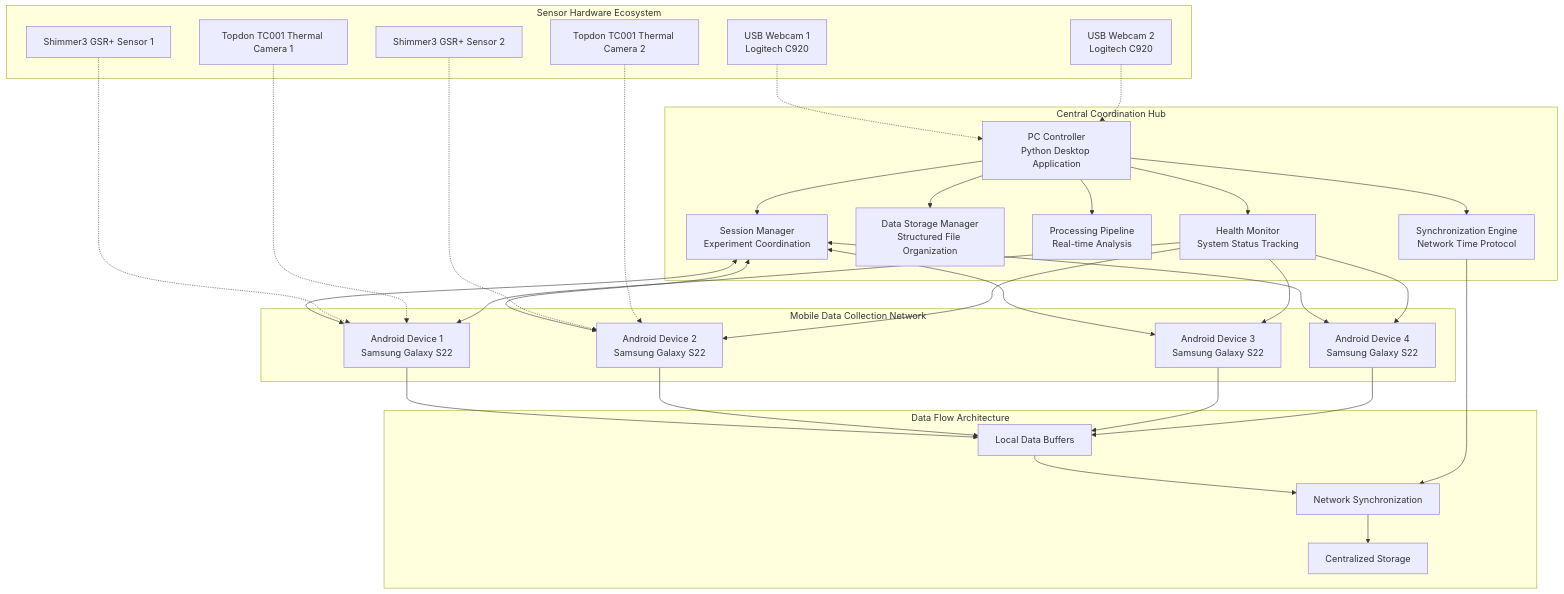
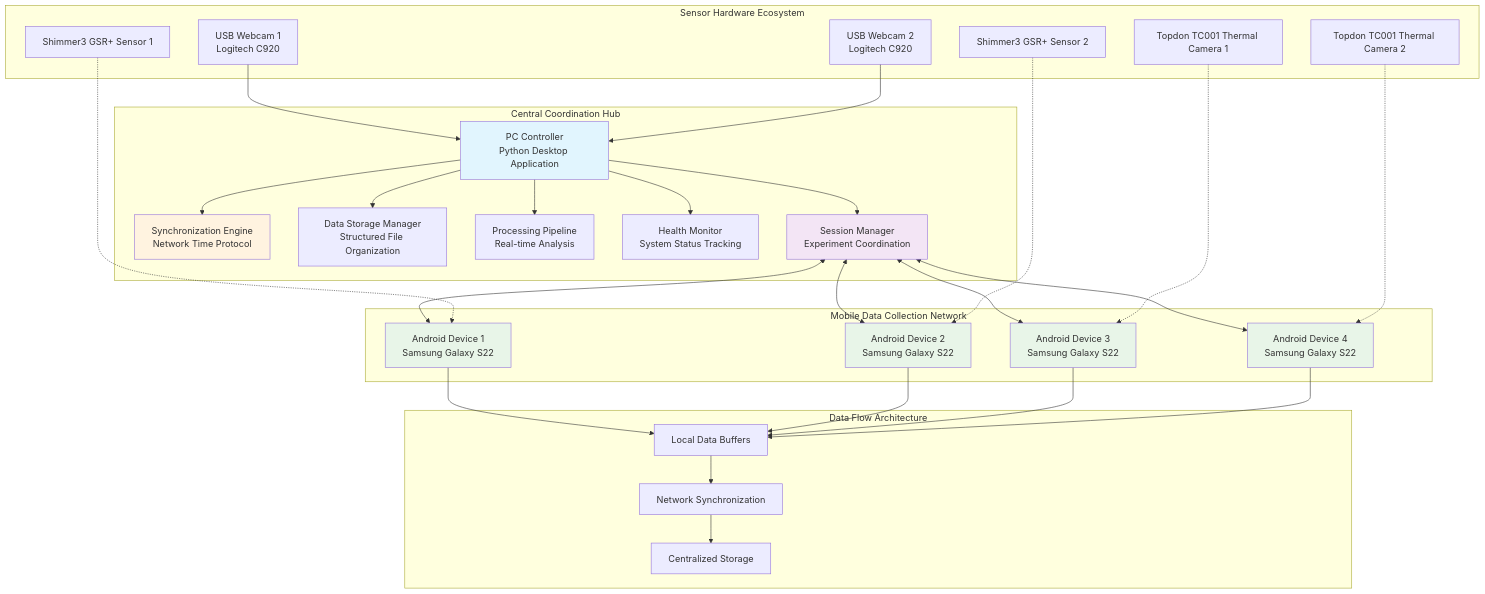
Before and after one commit to buccancs/fyp-multi-sensor-recording-system: the first of 6 diagrams in docs/thesis_report/Chapter_4_Design_and_Implementation.md, drawn with Mermaid. The commit also changed other lines of this file and 4 other files, not shown here.

Commit message:
Add comprehensive visual elements, tables, graphs, and screenshot placeholders throughout thesis

````diff
--- a/docs/thesis_report/Chapter_4_Design_and_Implementation.md
+++ b/docs/thesis_report/Chapter_4_Design_and_Implementation.md
@@ -56,65 +56,67 @@
 ```mermaid
 graph TB
     subgraph "Central Coordination Hub"
         PC[PC Controller<br/>Python Desktop Application]
         SYNC[Synchronization Engine<br/>Network Time Protocol]
         STORE[Data Storage Manager<br/>Structured File Organization]
         PROC[Processing Pipeline<br/>Real-time Analysis]
         HEALTH[Health Monitor<br/>System Status Tracking]
         SESSION[Session Manager<br/>Experiment Coordination]
     end
     
     subgraph "Mobile Data Collection Network"
         A1[Android Device 1<br/>Samsung Galaxy S22]
         A2[Android Device 2<br/>Samsung Galaxy S22]
         A3[Android Device 3<br/>Samsung Galaxy S22]
         A4[Android Device 4<br/>Samsung Galaxy S22]
     end
     
     subgraph "Sensor Hardware Ecosystem"
         S1[Shimmer3 GSR+ Sensor 1] 
         S2[Shimmer3 GSR+ Sensor 2]
         T1[Topdon TC001 Thermal Camera 1]
         T2[Topdon TC001 Thermal Camera 2]
         W1[USB Webcam 1<br/>Logitech C920]
         W2[USB Webcam 2<br/>Logitech C920]
     end
     
     subgraph "Data Flow Architecture"
         LOCAL_BUFFER[Local Data Buffers]
         NETWORK_SYNC[Network Synchronization]
         CENTRAL_STORAGE[Centralized Storage]
     end
     
     PC --> SYNC
     PC --> STORE
     PC --> PROC
     PC --> HEALTH
     PC --> SESSION
     
     SESSION <--> A1
     SESSION <--> A2
     SESSION <--> A3
     SESSION <--> A4
     
     S1 -.-> A1
     S2 -.-> A2
-    T1 -.-> A1
-    T2 -.-> A2
-    W1 -.-> PC
-    W2 -.-> PC
+    T1 -.-> A3
+    T2 -.-> A4
+    W1 --> PC
+    W2 --> PC
     
     A1 --> LOCAL_BUFFER
     A2 --> LOCAL_BUFFER
     A3 --> LOCAL_BUFFER
     A4 --> LOCAL_BUFFER
     
     LOCAL_BUFFER --> NETWORK_SYNC
     NETWORK_SYNC --> CENTRAL_STORAGE
     
-    SYNC --> NETWORK_SYNC
-    HEALTH --> A1
-    HEALTH --> A2
-    HEALTH --> A3
-    HEALTH --> A4
+    style PC fill:#e1f5fe
+    style SYNC fill:#fff3e0
+    style SESSION fill:#f3e5f5
+    style A1 fill:#e8f5e8
+    style A2 fill:#e8f5e8
+    style A3 fill:#e8f5e8
+    style A4 fill:#e8f5e8
 ```
````
